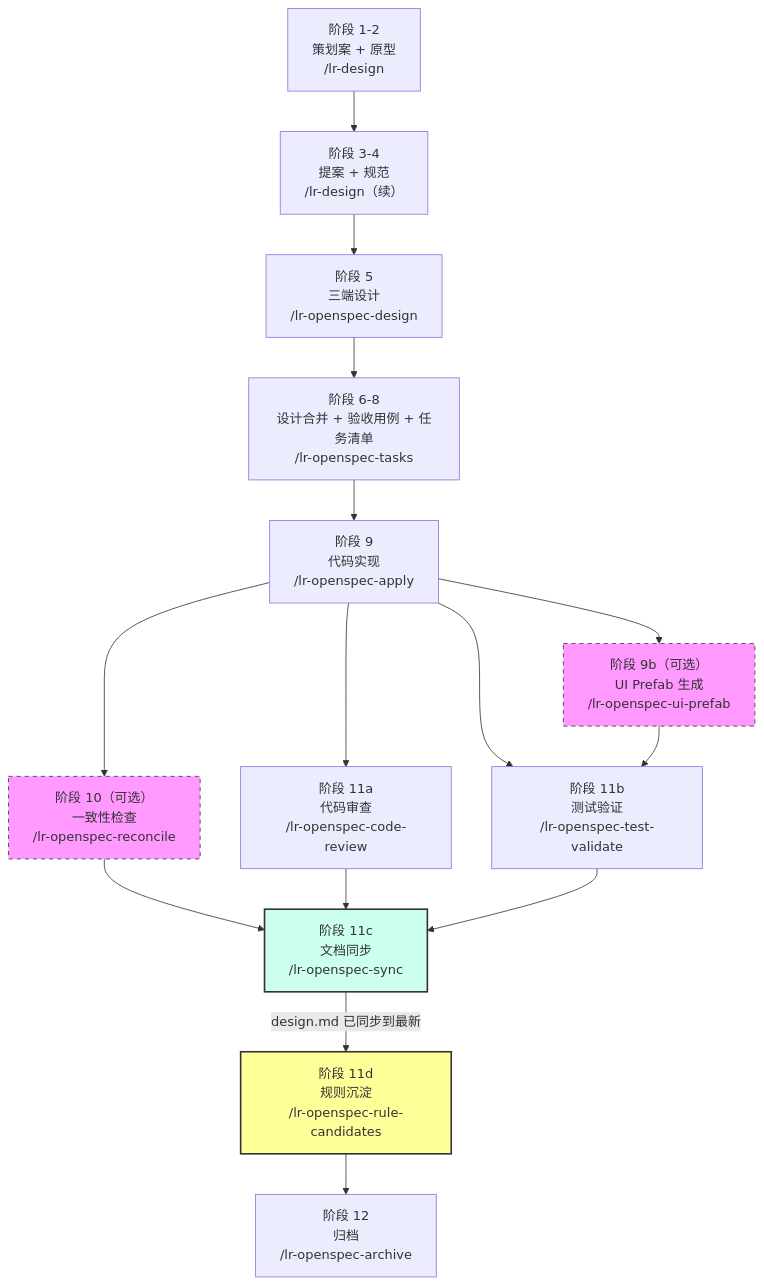
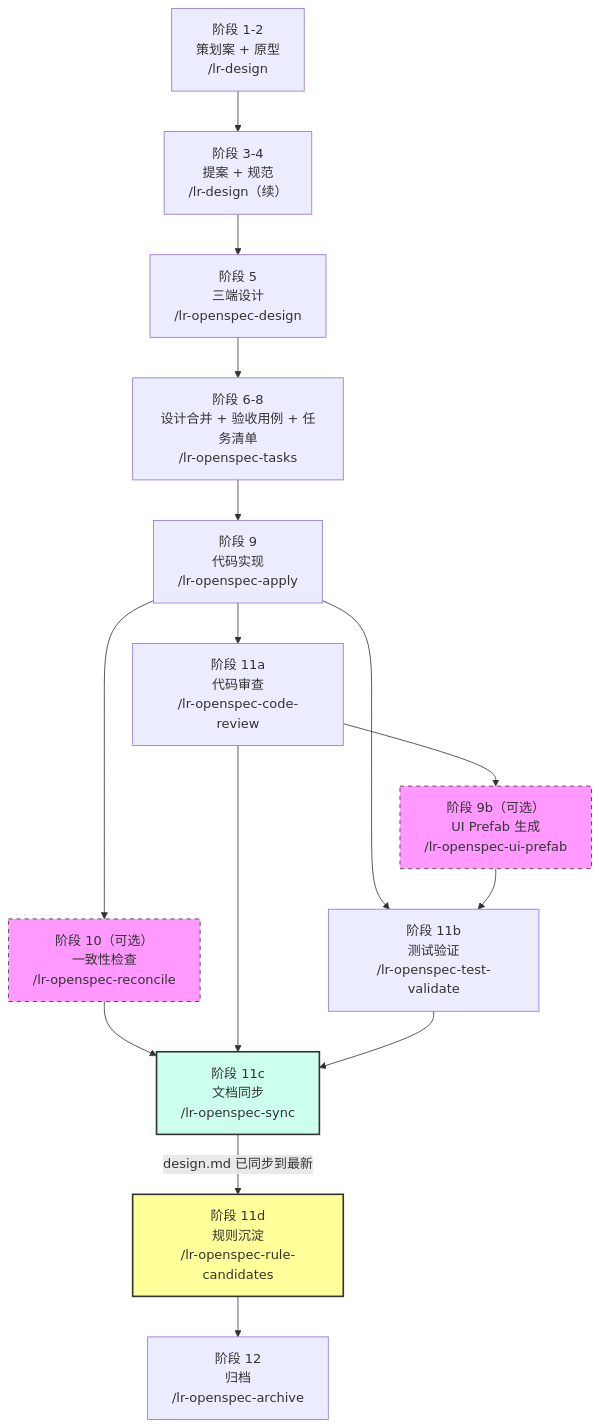
One commit to Topq/OpenSpec changed the first of 2 diagrams in README.md. Above: the diagram before and after it, drawn with Mermaid.

Commit message:
[OpenSpec] 流程图调整：UI Prefab 生成移到代码审查之后

````diff
--- a/README.md
+++ b/README.md
@@ -17,27 +17,26 @@
 ```mermaid
 graph TD
     A["阶段 1-2<br/>策划案 + 原型<br/>/lr-design"] --> B["阶段 3-4<br/>提案 + 规范<br/>/lr-design（续）"]
     B --> C["阶段 5<br/>三端设计<br/>/lr-openspec-design"]
     C --> D["阶段 6-8<br/>设计合并 + 验收用例 + 任务清单<br/>/lr-openspec-tasks"]
     D --> E["阶段 9<br/>代码实现<br/>/lr-openspec-apply"]
 
-    E --> P["阶段 9b（可选）<br/>UI Prefab 生成<br/>/lr-openspec-ui-prefab"]
-
     E --> F["阶段 10（可选）<br/>一致性检查<br/>/lr-openspec-reconcile"]
     E --> G["阶段 11a<br/>代码审查<br/>/lr-openspec-code-review"]
+    G --> P["阶段 9b（可选）<br/>UI Prefab 生成<br/>/lr-openspec-ui-prefab"]
     E --> H["阶段 11b<br/>测试验证<br/>/lr-openspec-test-validate"]
     P --> H
 
     F --> S["阶段 11c<br/>文档同步<br/>/lr-openspec-sync"]
     G --> S
     H --> S
 
     S -->|design.md 已同步到最新| I["阶段 11d<br/>规则沉淀<br/>/lr-openspec-rule-candidates"]
 
     I --> J["阶段 12<br/>归档<br/>/lr-openspec-archive"]
 
     style P fill:#f9f,stroke:#333,stroke-dasharray: 5 5
     style F fill:#f9f,stroke:#333,stroke-dasharray: 5 5
     style S fill:#cfe,stroke:#333,stroke-width:2px
     style I fill:#ff9,stroke:#333,stroke-width:2px
 ```
````
